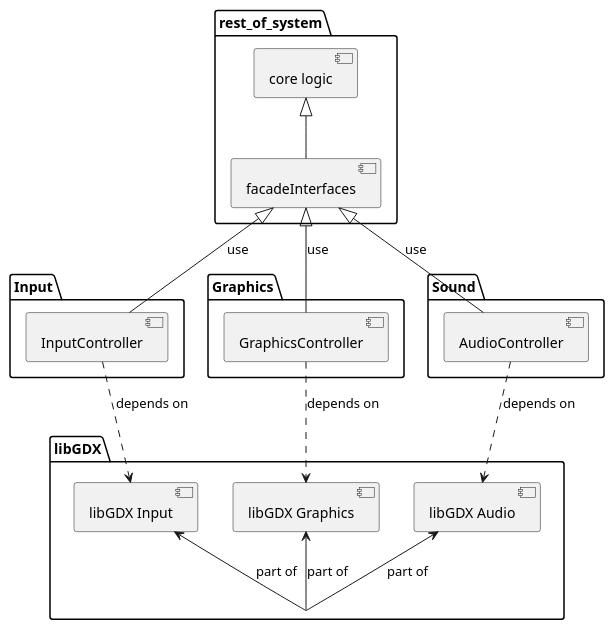
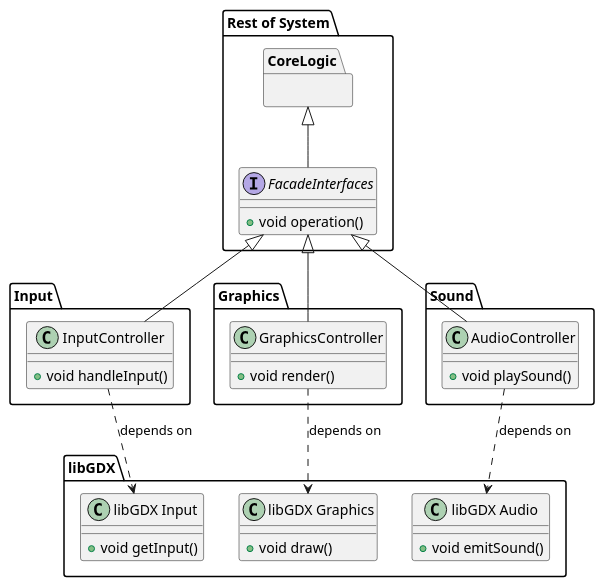
The diagram in docs/diagrams/facade.puml (SverreNystad/besieged), drawn with PlantUML before and after one commit.

Commit message:
refactor facade diagram

```diff
--- a/docs/diagrams/facade.puml
+++ b/docs/diagrams/facade.puml
@@ -1,31 +1,48 @@
 @startuml
 
-package "rest_of_system" {
-    [core logic] <|-- [facadeInterfaces]
+package "Rest of System" {
+    package "CoreLogic"{}
+    interface "FacadeInterfaces" {
+        +void operation()
+    }
+    CoreLogic <|-- FacadeInterfaces
 }
 
 package "Input" {
-    [facadeInterfaces] <|-- [InputController] : use
+    class "InputController" {
+        +void handleInput()
+    }
+    FacadeInterfaces <|-- InputController
 }
 
 package "Graphics" {
-    [facadeInterfaces] <|-- [GraphicsController] : use
-    
+    class "GraphicsController" {
+        +void render()
+    }
+    FacadeInterfaces <|-- GraphicsController
 }
 
 package "Sound" {
-    
-    [facadeInterfaces] <|-- [AudioController] : use
+    class "AudioController" {
+        +void playSound()
+    }
+    FacadeInterfaces <|-- AudioController
 }
 
 package "libGDX" {
-    [GraphicsController] ..> [libGDX Graphics] : depends on
-    [InputController] ..> [libGDX Input] : depends on
-    [AudioController] ..> [libGDX Audio] : depends on
+    class "libGDX Graphics" {
+        +void draw()
+    }
+    class "libGDX Input" {
+        +void getInput()
+    }
+    class "libGDX Audio" {
+        +void emitSound()
+    }
+    
+    GraphicsController ..> "libGDX Graphics" : depends on
+    InputController ..> "libGDX Input" : depends on
+    AudioController ..> "libGDX Audio" : depends on
 }
 
-[libGDX Graphics] <-- [libGDX] : part of
-[libGDX Input] <-- [libGDX] : part of
-[libGDX Audio] <-- [libGDX] : part of
-
 @enduml
```
